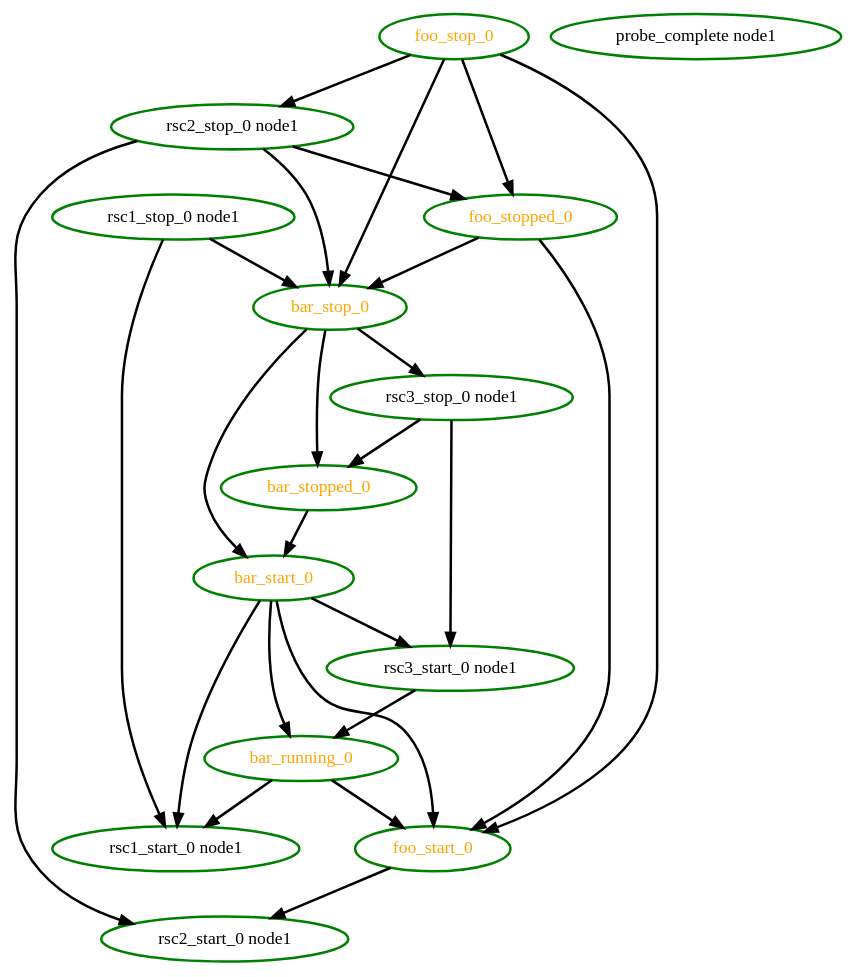
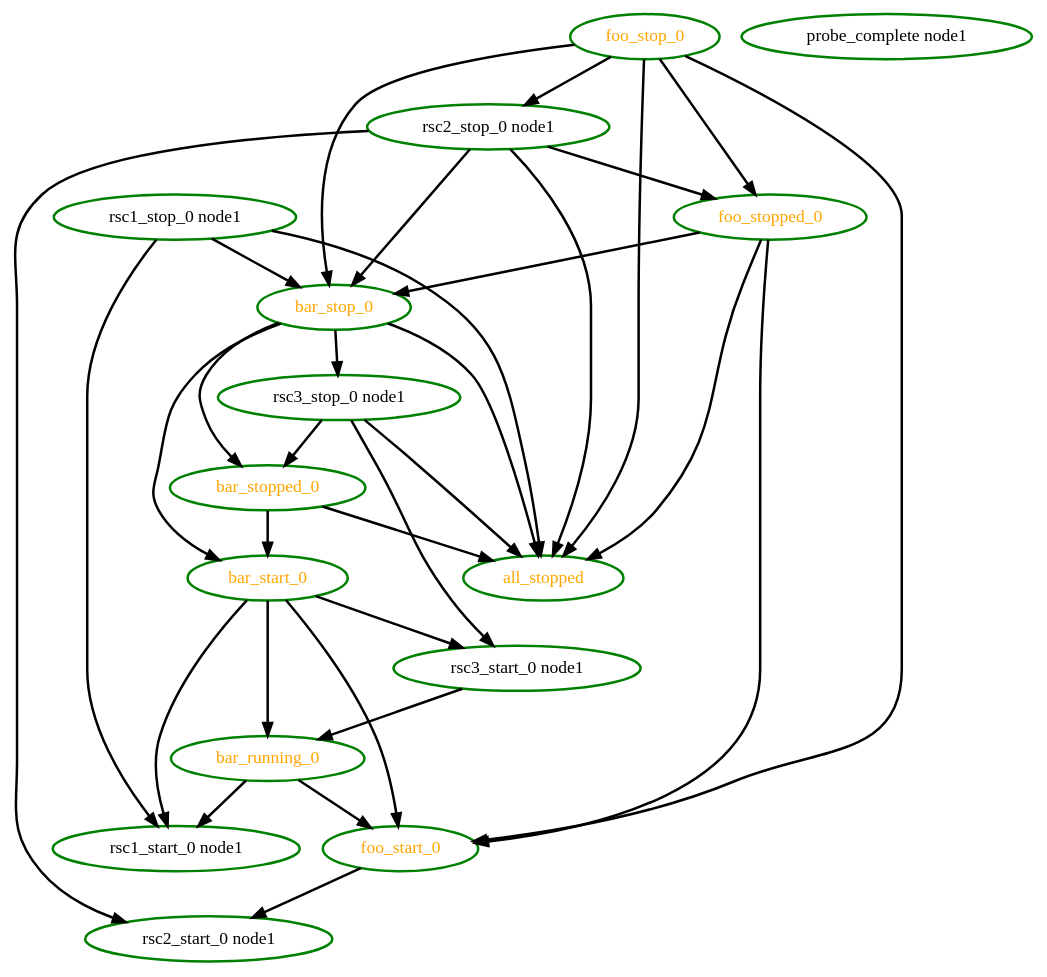
One commit to richiewen8/heartbeat changed the diagram in crm/pengine/testcases/rec-rsc-9.dot. Above: the diagram before and after it, drawn with Graphviz. The commit also changed 218 other files, not shown here.

Commit message:
PE: Update testcases to include all_stopped (added in cs: 800c2fec24ee)

```diff
--- a/crm/pengine/testcases/rec-rsc-9.dot
+++ b/crm/pengine/testcases/rec-rsc-9.dot
@@ -1,41 +1,49 @@
  digraph "g" {
+"all_stopped" [ style=bold color="green" fontcolor="orange"  ]
 "bar_running_0" -> "foo_start_0" [ style = bold]
 "bar_running_0" -> "rsc1_start_0 node1" [ style = bold]
 "bar_running_0" [ style=bold color="green" fontcolor="orange" ]
 "bar_start_0" -> "bar_running_0" [ style = bold]
 "bar_start_0" -> "foo_start_0" [ style = bold]
 "bar_start_0" -> "rsc1_start_0 node1" [ style = bold]
 "bar_start_0" -> "rsc3_start_0 node1" [ style = bold]
 "bar_start_0" [ style=bold color="green" fontcolor="orange" ]
+"bar_stop_0" -> "all_stopped" [ style = bold]
 "bar_stop_0" -> "bar_start_0" [ style = bold]
 "bar_stop_0" -> "bar_stopped_0" [ style = bold]
 "bar_stop_0" -> "rsc3_stop_0 node1" [ style = bold]
 "bar_stop_0" [ style=bold color="green" fontcolor="orange" ]
+"bar_stopped_0" -> "all_stopped" [ style = bold]
 "bar_stopped_0" -> "bar_start_0" [ style = bold]
 "bar_stopped_0" [ style=bold color="green" fontcolor="orange" ]
 "foo_start_0" -> "rsc2_start_0 node1" [ style = bold]
 "foo_start_0" [ style=bold color="green" fontcolor="orange" ]
+"foo_stop_0" -> "all_stopped" [ style = bold]
 "foo_stop_0" -> "bar_stop_0" [ style = bold]
 "foo_stop_0" -> "foo_start_0" [ style = bold]
 "foo_stop_0" -> "foo_stopped_0" [ style = bold]
 "foo_stop_0" -> "rsc2_stop_0 node1" [ style = bold]
 "foo_stop_0" [ style=bold color="green" fontcolor="orange" ]
+"foo_stopped_0" -> "all_stopped" [ style = bold]
 "foo_stopped_0" -> "bar_stop_0" [ style = bold]
 "foo_stopped_0" -> "foo_start_0" [ style = bold]
 "foo_stopped_0" [ style=bold color="green" fontcolor="orange" ]
 "probe_complete node1" [ style=bold color="green" fontcolor="black" ]
 "rsc1_start_0 node1" [ style=bold color="green" fontcolor="black" ]
+"rsc1_stop_0 node1" -> "all_stopped" [ style = bold]
 "rsc1_stop_0 node1" -> "bar_stop_0" [ style = bold]
 "rsc1_stop_0 node1" -> "rsc1_start_0 node1" [ style = bold]
 "rsc1_stop_0 node1" [ style=bold color="green" fontcolor="black" ]
 "rsc2_start_0 node1" [ style=bold color="green" fontcolor="black" ]
+"rsc2_stop_0 node1" -> "all_stopped" [ style = bold]
 "rsc2_stop_0 node1" -> "bar_stop_0" [ style = bold]
 "rsc2_stop_0 node1" -> "foo_stopped_0" [ style = bold]
 "rsc2_stop_0 node1" -> "rsc2_start_0 node1" [ style = bold]
 "rsc2_stop_0 node1" [ style=bold color="green" fontcolor="black" ]
 "rsc3_start_0 node1" -> "bar_running_0" [ style = bold]
 "rsc3_start_0 node1" [ style=bold color="green" fontcolor="black" ]
+"rsc3_stop_0 node1" -> "all_stopped" [ style = bold]
 "rsc3_stop_0 node1" -> "bar_stopped_0" [ style = bold]
 "rsc3_stop_0 node1" -> "rsc3_start_0 node1" [ style = bold]
 "rsc3_stop_0 node1" [ style=bold color="green" fontcolor="black" ]
 }
```
